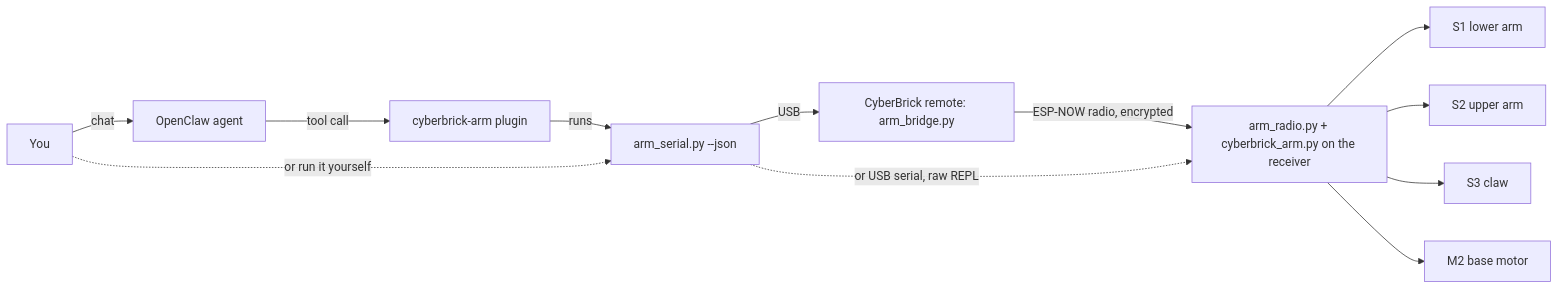
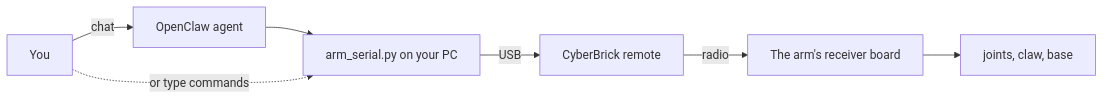
One commit to bekindpleaserewind/cyberarm changed the diagram in README.md. Above: the diagram before and after it, drawn with Mermaid. The commit also changed other lines of this file and 8 other files, not shown here.

````diff
--- a/README.md
+++ b/README.md
@@ -59,14 +41,9 @@
 ```mermaid
 flowchart LR
     U[You] -->|chat| A[OpenClaw agent]
-    A -->|tool call| P[cyberbrick-arm plugin]
-    P -->|runs| D[arm_serial.py --json]
-    U -.->|or run it yourself| D
-    D -->|USB| R[CyberBrick remote: arm_bridge.py]
-    R -->|ESP-NOW radio, encrypted| B[arm_radio.py + cyberbrick_arm.py on the receiver]
-    D -.->|or USB serial, raw REPL| B
-    B --> S1[S1 lower arm]
-    B --> S2[S2 upper arm]
-    B --> S3[S3 claw]
-    B --> M2[M2 base motor]
+    A --> D[arm_serial.py on your PC]
+    U -.->|or type commands| D
+    D -->|USB| R[CyberBrick remote]
+    R -->|radio| B[The arm's receiver board]
+    B --> J[joints, claw, base]
 ```
````
